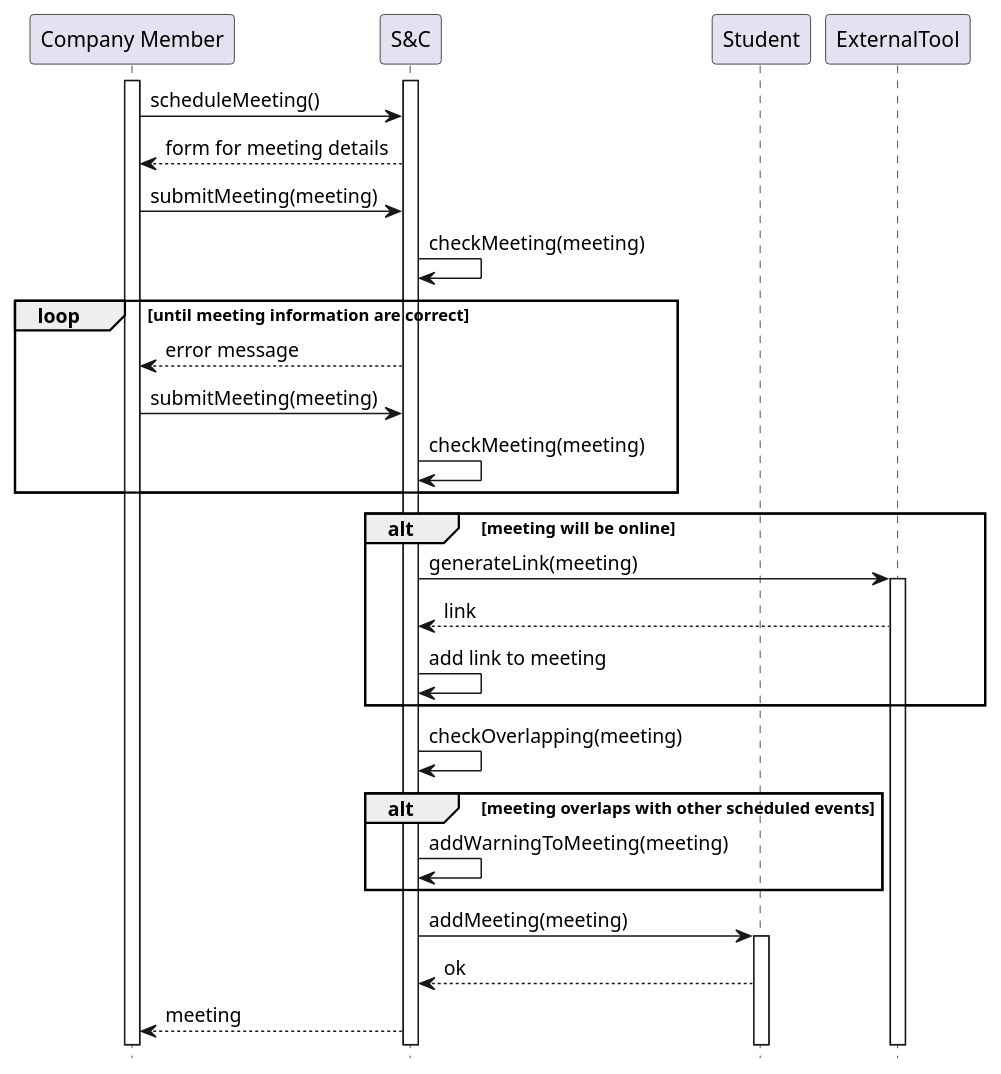
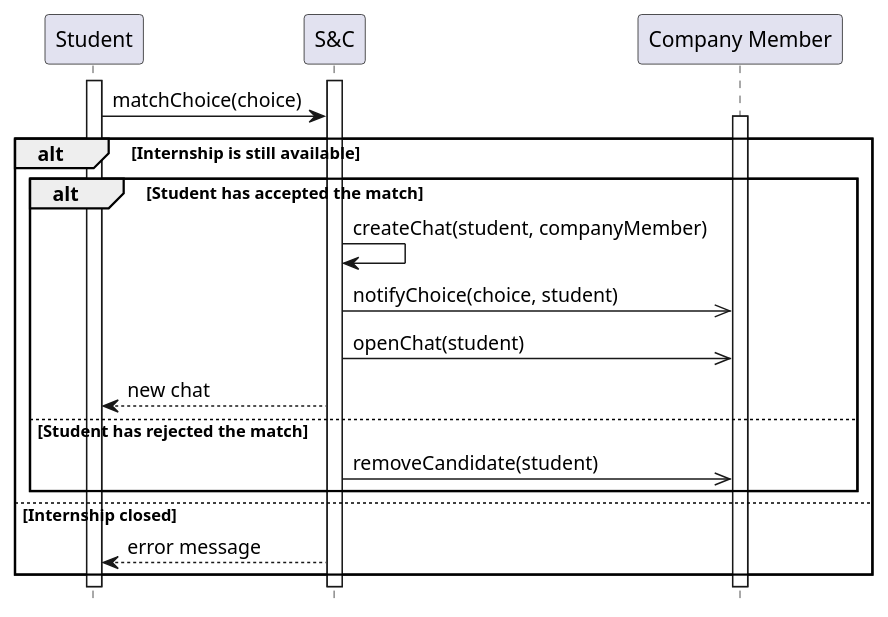
One commit to matti8702/R_and_DD_project_SE2 changed the diagram in RASD/Specific_requirements/uml_diagrams/UC18_diagram.puml. Above: the diagram before and after it, drawn with PlantUML. The commit also changed 32 other files, not shown here.

```diff
--- a/RASD/Specific_requirements/uml_diagrams/UC18_diagram.puml
+++ b/RASD/Specific_requirements/uml_diagrams/UC18_diagram.puml
@@ -1,35 +1,24 @@
 @startuml UC18_diagram
 hide footbox
 
+participant "Student" as ST
+participant "S&C" AS S
 participant "Company Member" as CM
-participant "S&C" AS S
-participant "Student" as ST
-participant "ExternalTool" as ET 
 
-activate CM
+activate ST
 activate S
-
-CM -> S: scheduleMeeting()
-S --> CM: form for meeting details
-CM -> S : submitMeeting(meeting)
-S -> S : checkMeeting(meeting)
-loop until meeting information are correct
-    S --> CM: error message
-    CM -> S : submitMeeting(meeting)
-    S -> S : checkMeeting(meeting)
+ST -> S: matchChoice(choice)
+alt Internship is still available
+    activate CM
+    alt Student has accepted the match
+        S -> S  : createChat(student, companyMember)
+        S ->> CM : notifyChoice(choice, student)
+        S ->> CM : openChat(student)
+        S --> ST : new chat
+    else Student has rejected the match
+        S ->> CM : removeCandidate(student)
+    end
+else Internship closed
+    S --> ST: error message
 end
-alt meeting will be online
-S -> ET : generateLink(meeting)
-activate ET
-ET --> S : link
-S -> S : add link to meeting
-end 
-S -> S : checkOverlapping(meeting)
-alt meeting overlaps with other scheduled events 
-S -> S : addWarningToMeeting(meeting)
-end
-S -> ST : addMeeting(meeting)
-activate ST
-ST --> S : ok
-S --> CM : meeting
 @enduml
```
